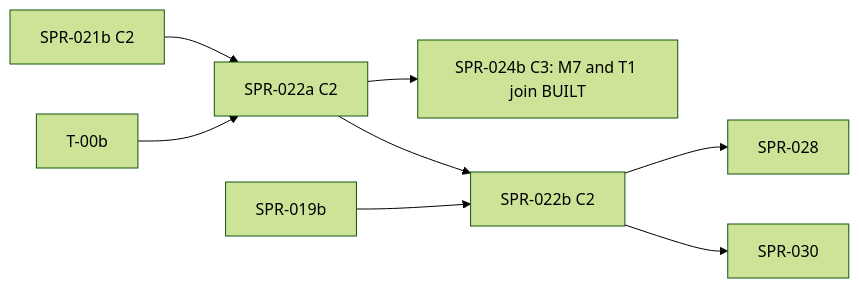
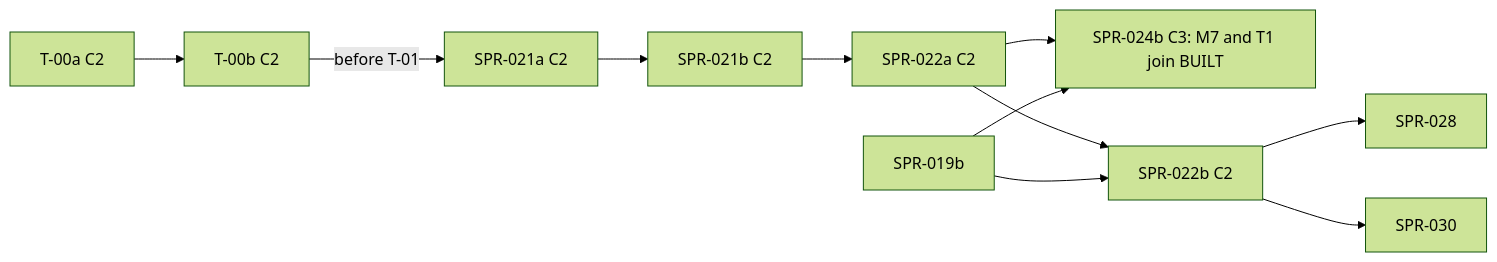
Before and after one commit to BigRigVibeCoder/Rehoboam: the diagram in CODEX/05_PROJECT/SPR-022_RulerExitsDormancyF1.md, drawn with Mermaid (forest theme). The commit also changed other lines of this file and 3 other files, not shown here.

First line of the commit message:
plan(P1a): wave-7 plans revision 2 after the joint re-check (X13, R1-R16): SPR-021 0.3.0, SPR-022 0.3.0, PRJ-002 graph, lanes and T-00a/T-00b rows, D58 restated [C1]

````diff
--- a/CODEX/05_PROJECT/SPR-022_RulerExitsDormancyF1.md
+++ b/CODEX/05_PROJECT/SPR-022_RulerExitsDormancyF1.md
@@ -273,10 +273,13 @@
 ```mermaid
 flowchart LR
-  S021b[SPR-021b C2] --> S022a[SPR-022a C2]
-  T00b[T-00b] --> S022a
+  T00a[T-00a C2] --> T00b[T-00b C2]
+  T00b -->|before T-01| S021a[SPR-021a C2]
+  S021a --> S021b[SPR-021b C2]
+  S021b --> S022a[SPR-022a C2]
   S022a --> S024b[SPR-024b C3: M7 and T1 join BUILT]
+  S019b[SPR-019b] --> S024b
   S022a --> S022b[SPR-022b C2]
-  S019b[SPR-019b] --> S022b
+  S019b --> S022b
   S022b --> S028[SPR-028]
   S022b --> S030[SPR-030]
 ```
````
